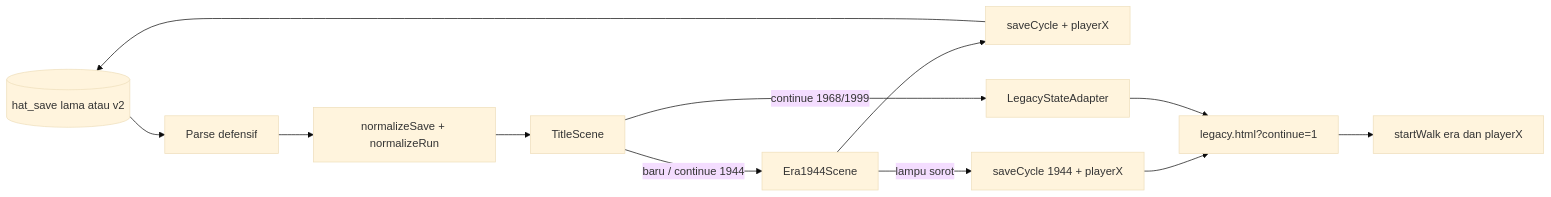
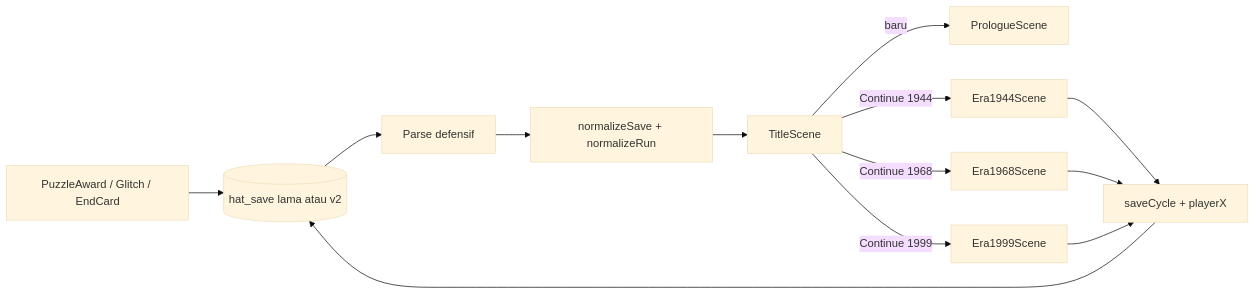
Before and after one commit to will702/hearts-across-time: the third of 3 diagrams in docs/ARCHITECTURE.md, drawn with Mermaid (base theme). The commit also changed other lines of this file and 58 other files, not shown here.

````diff
--- a/docs/ARCHITECTURE.md
+++ b/docs/ARCHITECTURE.md
@@ -133,14 +156,15 @@
 ```mermaid
 flowchart LR
     storage[(hat_save lama atau v2)] --> parse[Parse defensif]
     parse --> normalize[normalizeSave + normalizeRun]
     normalize --> title[TitleScene]
-    title -->|baru / continue 1944| era1944[Era1944Scene]
+    title -->|baru| prologue[PrologueScene]
+    title -->|Continue 1944| era1944[Era1944Scene]
+    title -->|Continue 1968| era1968[Era1968Scene]
+    title -->|Continue 1999| era1999[Era1999Scene]
     era1944 --> autosave[saveCycle + playerX]
+    era1968 --> autosave
+    era1999 --> autosave
     autosave --> storage
-    era1944 -->|lampu sorot| handoff[saveCycle 1944 + playerX]
-    handoff --> legacyResume[legacy.html?continue=1]
-    legacyResume --> restoreLegacy[startWalk era dan playerX]
-    title -->|continue 1968/1999| adapter[LegacyStateAdapter]
-    adapter --> legacyResume
+    outcome[PuzzleAward / Glitch / EndCard] --> storage
 ```
````
